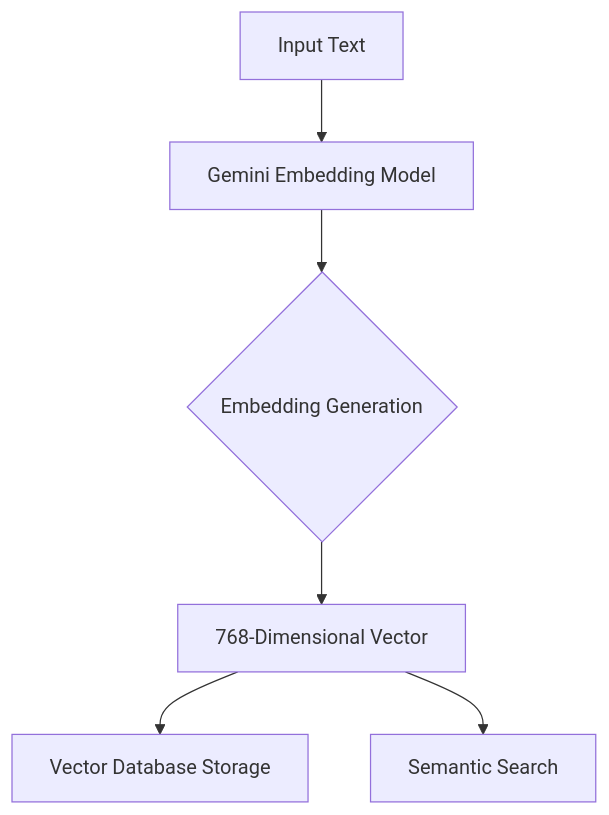
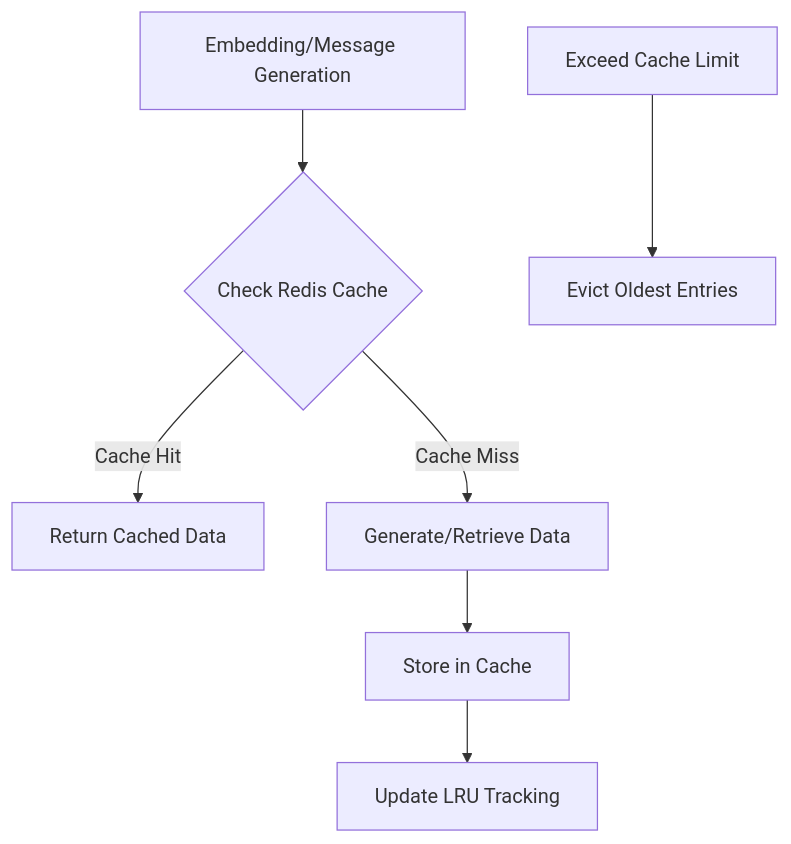
Before and after one commit to tweezerchef/Wbot: the diagram in docs/ai/memory.md, drawn with Mermaid. The commit also changed other lines of this file and 6 other files, not shown here.

````diff
--- a/docs/ai/memory.md
+++ b/docs/ai/memory.md
@@ -111,8 +133,10 @@
 ```mermaid
 graph TD
-    A[Input Text] --> B[Gemini Embedding Model]
-    B --> C{Embedding Generation}
-    C --> D[768-Dimensional Vector]
-    D --> E[Vector Database Storage]
-    D --> F[Semantic Search]
+    A[Embedding/Message Generation] --> B{Check Redis Cache}
+    B -->|Cache Hit| C[Return Cached Data]
+    B -->|Cache Miss| D[Generate/Retrieve Data]
+    D --> E[Store in Cache]
+    E --> F[Update LRU Tracking]
+
+    G[Exceed Cache Limit] --> H[Evict Oldest Entries]
 ```
````
